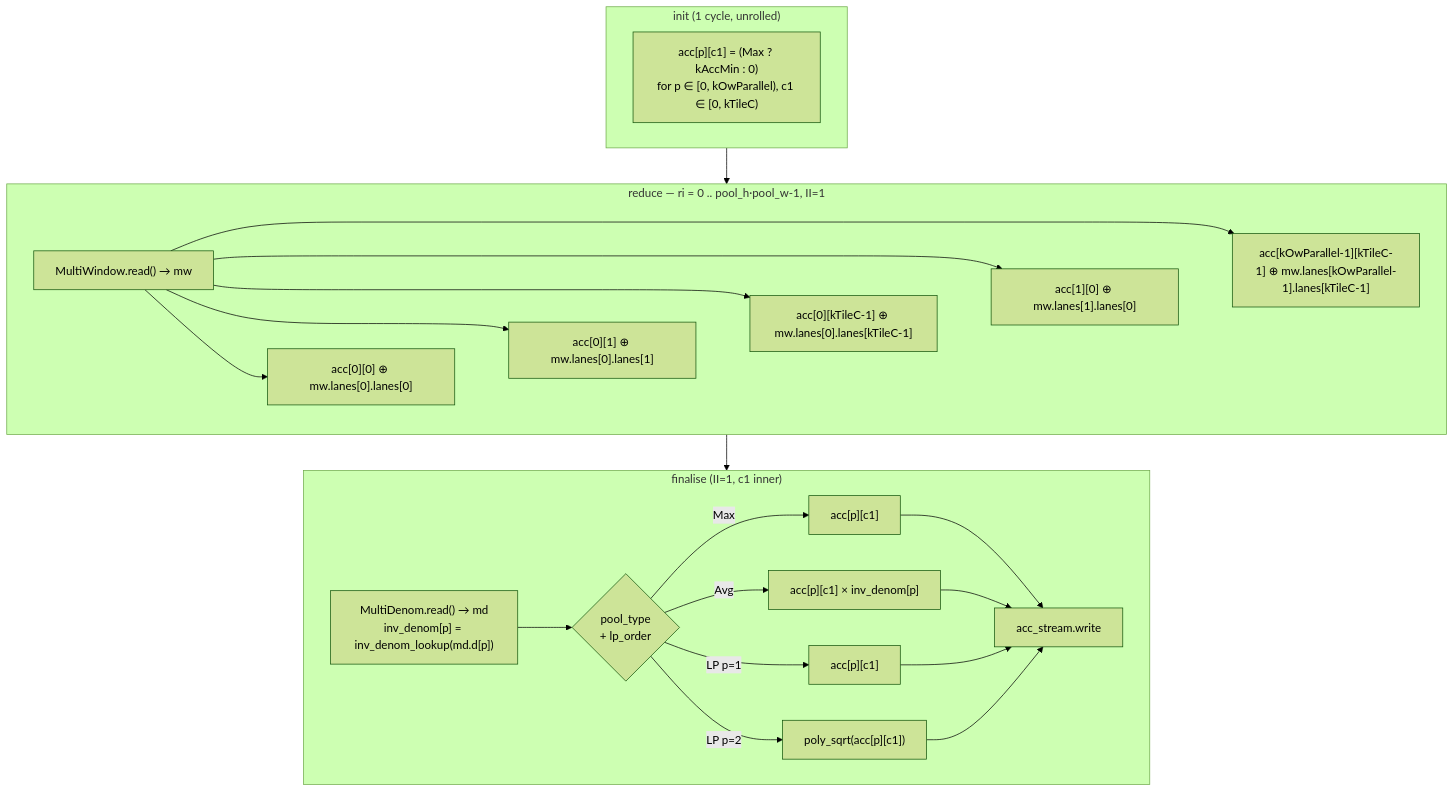
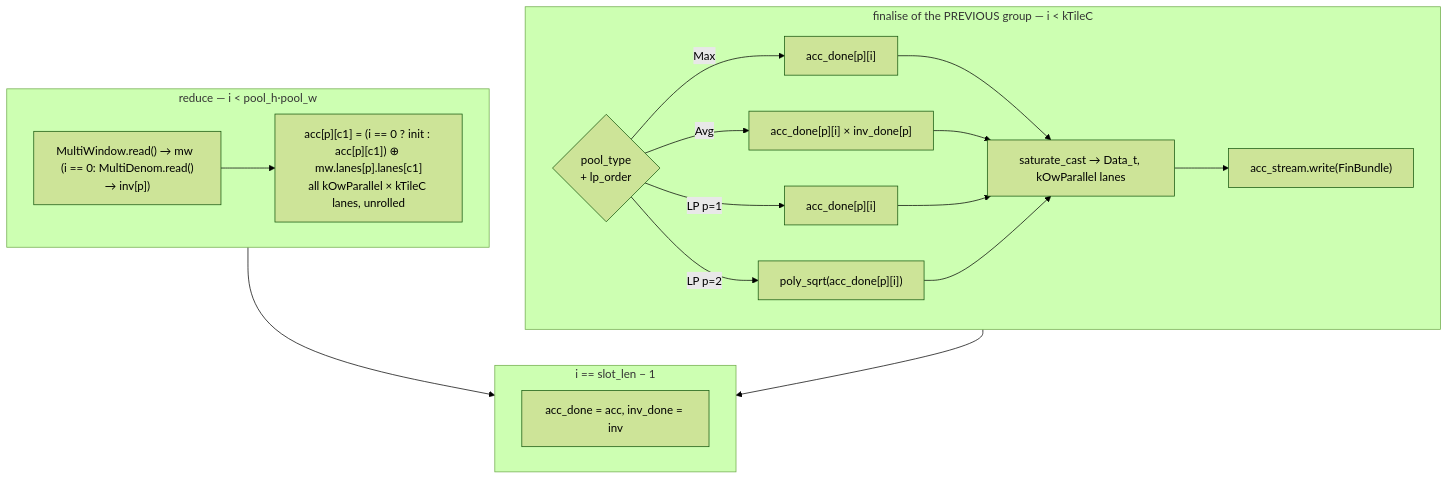
One commit to phoenix367/cormorant changed the third of 4 diagrams in doc/POOLING_KERNEL.md. Above: the diagram before and after it, drawn with Mermaid (forest theme). The commit also changed other lines of this file and 28 other files, not shown here.

````diff
--- a/doc/POOLING_KERNEL.md
+++ b/doc/POOLING_KERNEL.md
@@ -237,29 +262,23 @@
 ```mermaid
 flowchart TB
-    subgraph init["init (1 cycle, unrolled)"]
-        ACCI["acc[p][c1] = (Max ? kAccMin : 0)<br/>for p ∈ [0, kOwParallel), c1 ∈ [0, kTileC)"]
+    subgraph reduce["reduce — i < pool_h·pool_w"]
+        MW["MultiWindow.read() → mw   (i == 0: MultiDenom.read() → inv[p])"]
+        MW --> L["acc[p][c1] = (i == 0 ? init : acc[p][c1]) ⊕ mw.lanes[p].lanes[c1]<br/>all kOwParallel × kTileC lanes, unrolled"]
     end
-    subgraph reduce["reduce — ri = 0 .. pool_h·pool_w-1, II=1"]
-        MW["MultiWindow.read() → mw"]
-        MW --> L00["acc[0][0] ⊕ mw.lanes[0].lanes[0]"]
-        MW --> L01["acc[0][1] ⊕ mw.lanes[0].lanes[1]"]
-        MW --> L0K["acc[0][kTileC-1] ⊕ mw.lanes[0].lanes[kTileC-1]"]
-        MW --> L10["acc[1][0] ⊕ mw.lanes[1].lanes[0]"]
-        MW --> L1K["acc[kOwParallel-1][kTileC-1] ⊕ mw.lanes[kOwParallel-1].lanes[kTileC-1]"]
-        L00 ~~~ L01 ~~~ L0K ~~~ L10 ~~~ L1K
+    subgraph finalise["finalise of the PREVIOUS group — i < kTileC"]
+        FIN{"pool_type<br/>+ lp_order"}
+        FIN -->|Max| FM["acc_done[p][i]"]
+        FIN -->|Avg| FA["acc_done[p][i] × inv_done[p]"]
+        FIN -->|"LP p=1"| FL1["acc_done[p][i]"]
+        FIN -->|"LP p=2"| FL2["poly_sqrt(acc_done[p][i])"]
+        FM --> SAT["saturate_cast → Data_t, kOwParallel lanes"] --> ASW["acc_stream.write(FinBundle)"]
+        FA --> SAT
+        FL1 --> SAT
+        FL2 --> SAT
     end
-    subgraph finalise["finalise (II=1, c1 inner)"]
-        DD["MultiDenom.read() → md<br/>inv_denom[p] = inv_denom_lookup(md.d[p])"]
-        FIN{"pool_type<br/>+ lp_order"}
-        DD --> FIN
-        FIN -->|Max| FM["acc[p][c1]"]
-        FIN -->|Avg| FA["acc[p][c1] × inv_denom[p]"]
-        FIN -->|"LP p=1"| FL1["acc[p][c1]"]
-        FIN -->|"LP p=2"| FL2["poly_sqrt(acc[p][c1])"]
-        FM --> ASW["acc_stream.write"]
-        FA --> ASW
-        FL1 --> ASW
-        FL2 --> ASW
+    subgraph snap["i == slot_len − 1"]
+        SN["acc_done = acc, inv_done = inv"]
     end
-    init --> reduce --> finalise
+    reduce --> snap
+    finalise --> snap
 ```
````
